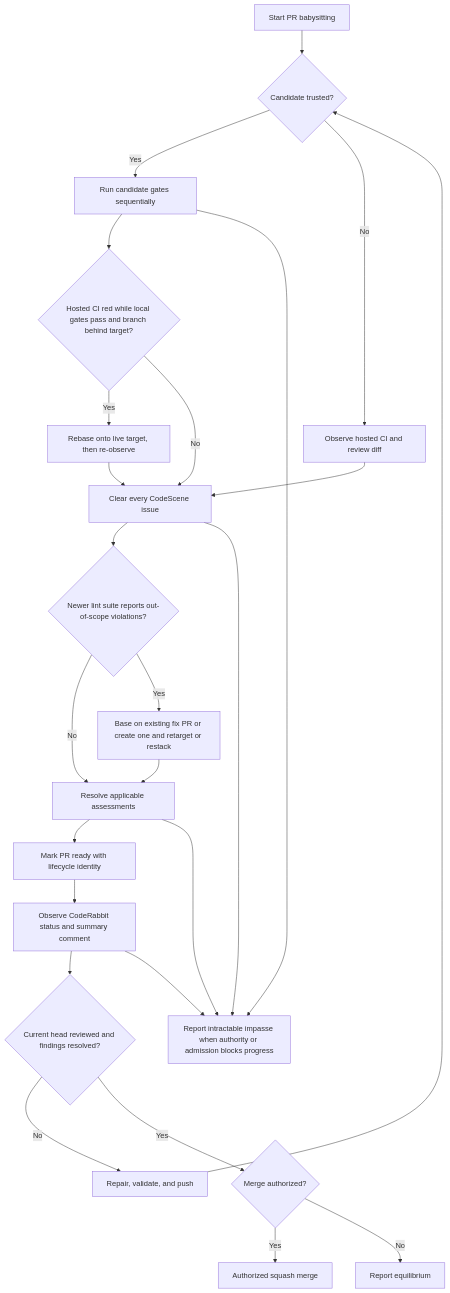
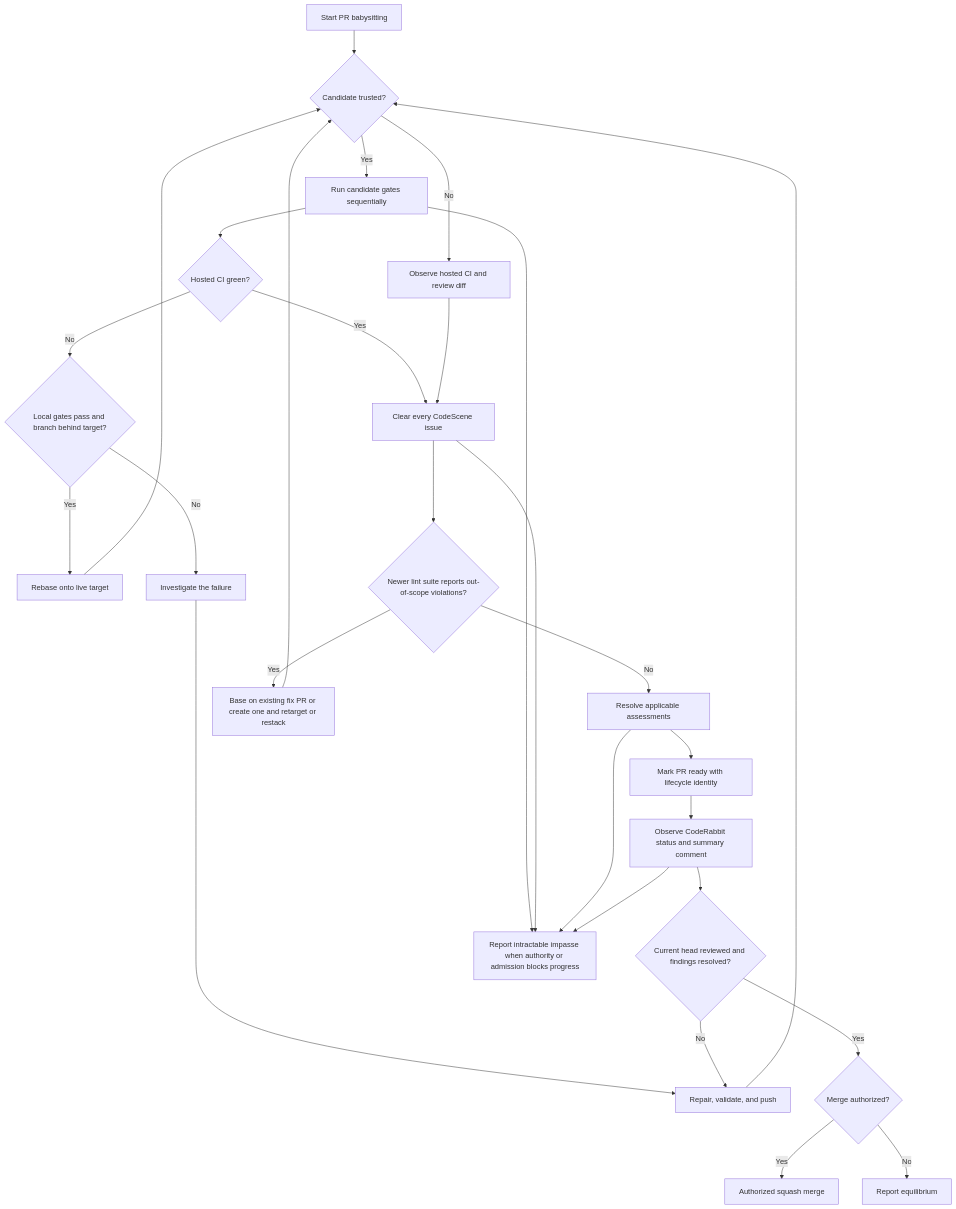
One commit to leynos/agent-helper-scripts changed the third of 6 diagrams in docs/users-guide.md. Above: the diagram before and after it, drawn with Mermaid. The commit also changed other lines of this file and 5 other files, not shown here.

````diff
--- a/docs/users-guide.md
+++ b/docs/users-guide.md
@@ -768,46 +768,52 @@
 ```mermaid
 flowchart TD
     accTitle: PR babysitting path to equilibrium, merge, or impasse
     accDescr {
         PR babysitting starts with the candidate trust decision. A trusted
         candidate has its gates run sequentially on the host; an untrusted
         one is checked by observing hosted CI and reviewing the diff. A red
         hosted check whose local gates pass on a branch behind its target is
-        rebased onto the target before it is investigated. A newer lint
-        suite's out-of-scope violations move into a prerequisite fix PR. The
-        agent then clears every CodeScene issue, resolves applicable assessments,
-        and marks the PR ready with the lifecycle identity. It then observes
-        CodeRabbit's commit status and summary comment. If the current head
-        has not been reviewed or its findings are unresolved, the agent
-        repairs, validates, and pushes, and the new head returns to the
-        trust decision. Once the current head is reviewed and its findings
+        rebased onto the target and returns to the trust decision, so the
+        rebased candidate has its gates rerun before hosted CI is observed
+        again. Any other red hosted check is investigated and repaired. A
+        newer lint suite's out-of-scope violations move into a prerequisite
+        fix PR, and the changed candidate also returns to the trust decision.
+        The agent then clears every CodeScene issue, resolves applicable
+        assessments, and marks the PR ready with the lifecycle identity. It then
+        observes CodeRabbit's commit status and summary comment. If the
+        current head has not been reviewed or its findings are unresolved,
+        the agent repairs, validates, and pushes, and the new head returns to
+        the trust decision. Once the current head is reviewed and its findings
         are resolved, an authorized merge leads to a squash merge; otherwise
         the agent reports equilibrium. The gate, CodeScene, assessment, and
         review-observation stages can each end in a report of intractable
         impasse when authority or build admission blocks progress.
     }
     A[Start PR babysitting] --> T{Candidate trusted?}
     T -->|Yes| B[Run candidate gates sequentially]
     T -->|No| N[Observe hosted CI and review diff]
-    B --> S{Hosted CI red while local gates pass and branch behind target?}
-    S -->|Yes| R[Rebase onto live target, then re-observe]
-    S -->|No| C[Clear every CodeScene issue]
-    R --> C
+    B --> S{Hosted CI green?}
+    S -->|Yes| C[Clear every CodeScene issue]
+    S -->|No| P{Local gates pass and branch behind target?}
+    P -->|Yes| R[Rebase onto live target]
+    P -->|No| X[Investigate the failure]
+    R --> T
+    X --> H[Repair, validate, and push]
     N --> C
     C --> U{Newer lint suite reports out-of-scope violations?}
     U -->|No| D[Resolve applicable assessments]
     U -->|Yes| V[Base on existing fix PR or create one and retarget or restack]
-    V --> D
+    V --> T
     D --> E[Mark PR ready with lifecycle identity]
     E --> F[Observe CodeRabbit status and summary comment]
     F --> G{Current head reviewed and findings resolved?}
-    G -->|No| H[Repair, validate, and push]
+    G -->|No| H
     H --> T
     G -->|Yes| I{Merge authorized?}
     I -->|Yes| J[Authorized squash merge]
     I -->|No| K[Report equilibrium]
     B --> L[Report intractable impasse when authority or admission blocks progress]
     C --> L
     D --> L
     F --> L
 ```
````
